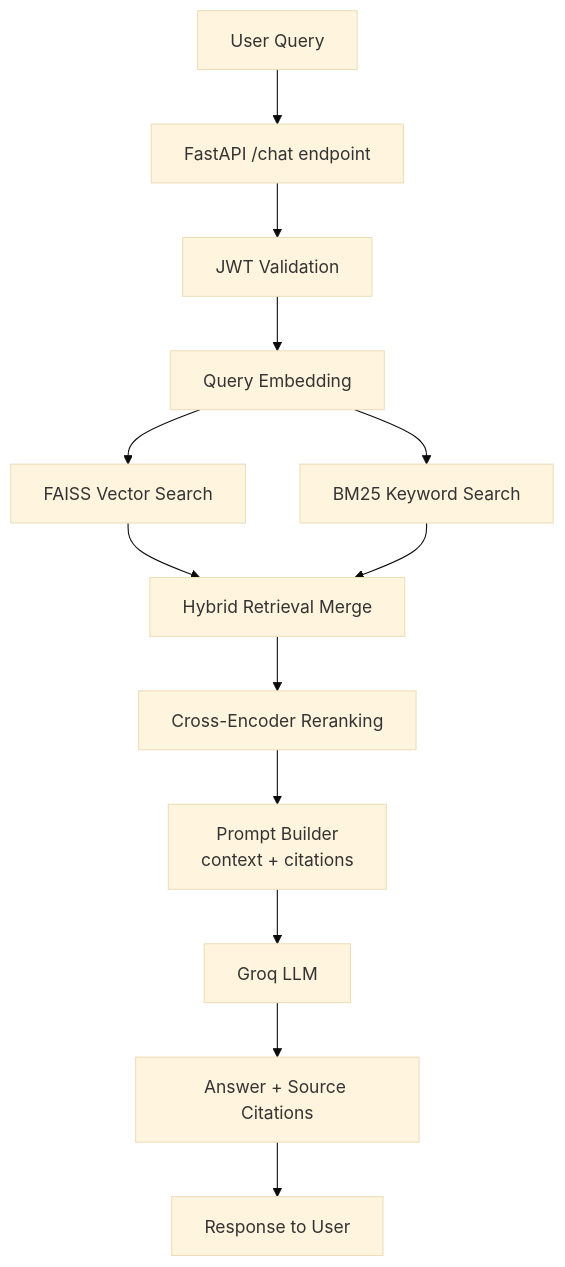
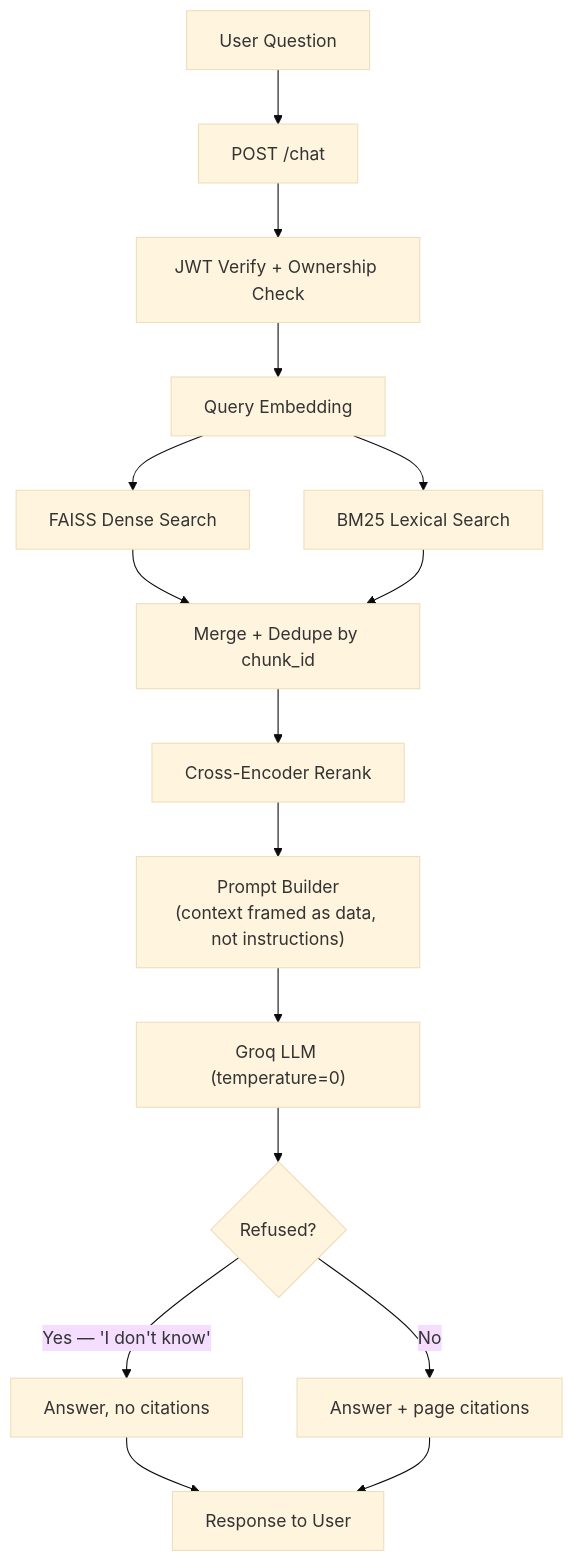
The first of 4 diagrams in README.md (raghukeerthana02-lang/RAG-assistant), drawn with Mermaid (base theme) before and after one commit. The commit also changed other lines of this file, not shown here.

````diff
--- a/README.md
+++ b/README.md
@@ -55,15 +73,18 @@
 ```mermaid
 flowchart TD
-    A[User Query] --> B[FastAPI /chat endpoint]
-    B --> C[JWT Validation]
+    A[User Question] --> B["POST /chat"]
+    B --> C[JWT Verify + Ownership Check]
     C --> D[Query Embedding]
-    D --> E[FAISS Vector Search]
-    D --> F[BM25 Keyword Search]
-    E --> G[Hybrid Retrieval Merge]
+    D --> E[FAISS Dense Search]
+    D --> F[BM25 Lexical Search]
+    E --> G[Merge + Dedupe by chunk_id]
     F --> G
-    G --> H[Cross-Encoder Reranking]
-    H --> I[Prompt Builder<br/>context + citations]
-    I --> J[Groq LLM]
-    J --> K[Answer + Source Citations]
-    K --> L[Response to User]
+    G --> H[Cross-Encoder Rerank]
+    H --> I["Prompt Builder<br/>(context framed as data, not instructions)"]
+    I --> J["Groq LLM (temperature=0)"]
+    J --> K{Refused?}
+    K -->|"Yes — 'I don't know'"| L["Answer, no citations"]
+    K -->|No| M["Answer + page citations"]
+    L --> N[Response to User]
+    M --> N
 ```
````
